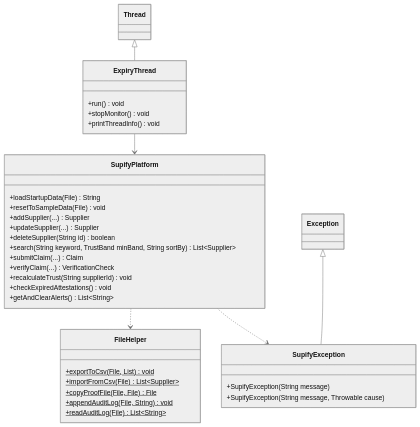
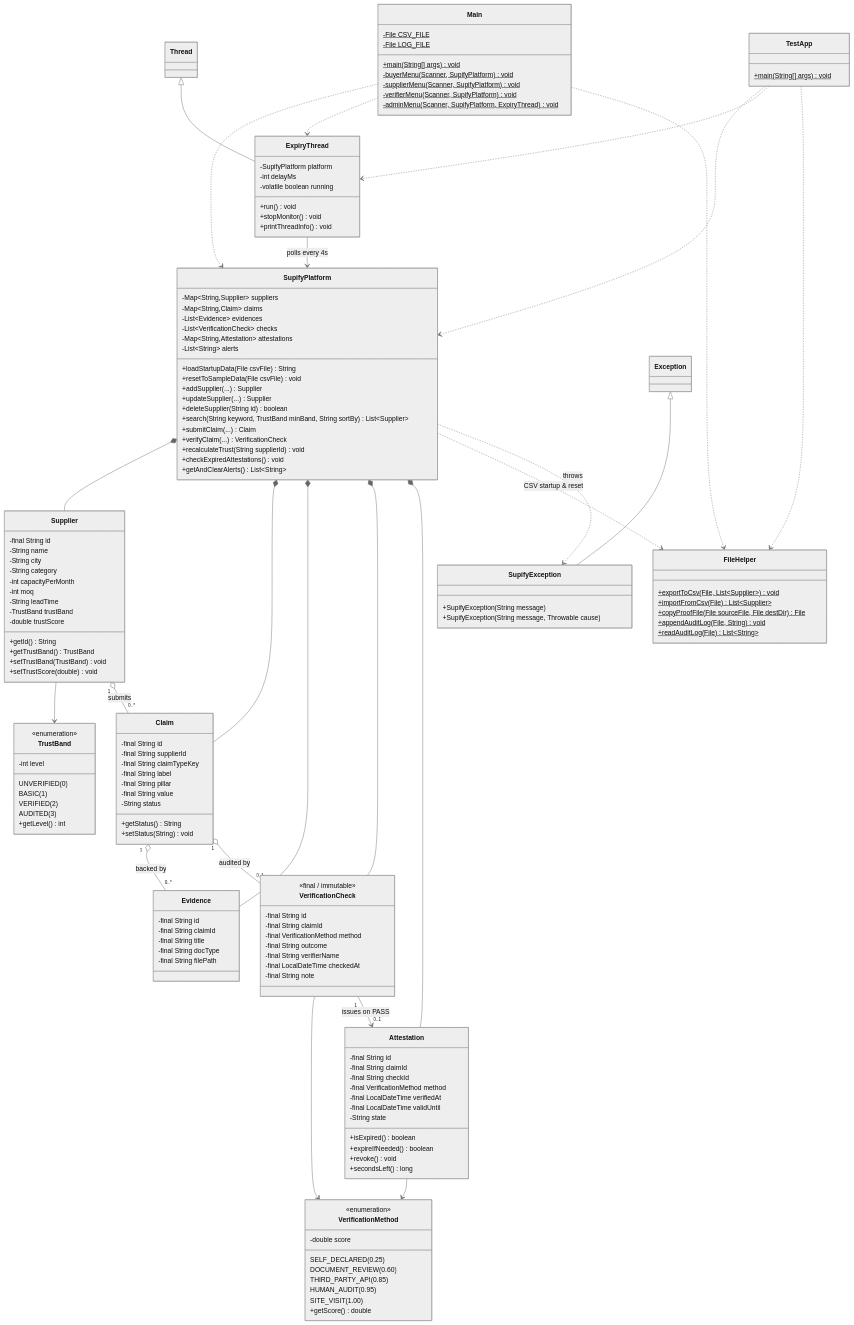
One commit to tanish19078/supify changed the second of 3 diagrams in docs/backend-architecture.md. Above: the diagram before and after it, drawn with Mermaid (neutral theme). The commit also changed other lines of this file and 12 other files, not shown here.

Commit message:
docs: align viva-prep, architecture docs, UML/ER diagrams, and albums screenshots to 13-file ExpiryThread & CRUD backend

````diff
--- a/docs/backend-architecture.md
+++ b/docs/backend-architecture.md
@@ -32,8 +39,106 @@
 ```mermaid
 classDiagram
+    direction TB
+
+    class TrustBand {
+        <<enumeration>>
+        UNVERIFIED(0)
+        BASIC(1)
+        VERIFIED(2)
+        AUDITED(3)
+        -int level
+        +getLevel() int
+    }
+
+    class VerificationMethod {
+        <<enumeration>>
+        SELF_DECLARED(0.25)
+        DOCUMENT_REVIEW(0.60)
+        THIRD_PARTY_API(0.85)
+        HUMAN_AUDIT(0.95)
+        SITE_VISIT(1.00)
+        -double score
+        +getScore() double
+    }
+
+    class Supplier {
+        -final String id
+        -String name
+        -String city
+        -String category
+        -int capacityPerMonth
+        -int moq
+        -String leadTime
+        -TrustBand trustBand
+        -double trustScore
+        +getId() String
+        +getTrustBand() TrustBand
+        +setTrustBand(TrustBand) void
+        +setTrustScore(double) void
+    }
+
+    class Claim {
+        -final String id
+        -final String supplierId
+        -final String claimTypeKey
+        -final String label
+        -final String pillar
+        -final String value
+        -String status
+        +getStatus() String
+        +setStatus(String) void
+    }
+
+    class Evidence {
+        -final String id
+        -final String claimId
+        -final String title
+        -final String docType
+        -final String filePath
+    }
+
+    class VerificationCheck {
+        <<final / immutable>>
+        -final String id
+        -final String claimId
+        -final VerificationMethod method
+        -final String outcome
+        -final String verifierName
+        -final LocalDateTime checkedAt
+        -final String note
+    }
+
+    class Attestation {
+        -final String id
+        -final String claimId
+        -final String checkId
+        -final VerificationMethod method
+        -final LocalDateTime verifiedAt
+        -final LocalDateTime validUntil
+        -String state
+        +isExpired() boolean
+        +expireIfNeeded() boolean
+        +revoke() void
+        +secondsLeft() long
+    }
+
+    class FileHelper {
+        +exportToCsv(File, List~Supplier~)$ void
+        +importFromCsv(File)$ List~Supplier~
+        +copyProofFile(File sourceFile, File destDir)$ File
+        +appendAuditLog(File, String)$ void
+        +readAuditLog(File)$ List~String~
+    }
+
     class SupifyPlatform {
-        +loadStartupData(File) String
-        +resetToSampleData(File) void
+        -Map~String,Supplier~ suppliers
+        -Map~String,Claim~ claims
+        -List~Evidence~ evidences
+        -List~VerificationCheck~ checks
+        -Map~String,Attestation~ attestations
+        -List~String~ alerts
+        +loadStartupData(File csvFile) String
+        +resetToSampleData(File csvFile) void
         +addSupplier(...) Supplier
         +updateSupplier(...) Supplier
         +deleteSupplier(String id) boolean
@@ -45,15 +150,10 @@
         +getAndClearAlerts() List~String~
     }
 
-    class FileHelper {
-        +exportToCsv(File, List)$ void
-        +importFromCsv(File)$ List~Supplier~
-        +copyProofFile(File, File)$ File
-        +appendAuditLog(File, String)$ void
-        +readAuditLog(File)$ List~String~
-    }
-
     class ExpiryThread {
+        -SupifyPlatform platform
+        -int delayMs
+        -volatile boolean running
         +run() void
         +stopMonitor() void
         +printThreadInfo() void
@@ -64,9 +164,42 @@
         +SupifyException(String message, Throwable cause)
     }
 
+    class Main {
+        -File CSV_FILE$
+        -File LOG_FILE$
+        +main(String[] args)$ void
+        -buyerMenu(Scanner, SupifyPlatform)$ void
+        -supplierMenu(Scanner, SupifyPlatform)$ void
+        -verifierMenu(Scanner, SupifyPlatform)$ void
+        -adminMenu(Scanner, SupifyPlatform, ExpiryThread)$ void
+    }
+
+    class TestApp {
+        +main(String[] args)$ void
+    }
+
+    Supplier --> TrustBand
+    VerificationCheck --> VerificationMethod
+    Attestation --> VerificationMethod
+    Supplier "1" o-- "0..*" Claim : submits
+    Claim "1" o-- "0..*" Evidence : backed by
+    Claim "1" o-- "0..*" VerificationCheck : audited by
+    VerificationCheck "1" --> "0..1" Attestation : issues on PASS
+
     Thread <|-- ExpiryThread
     Exception <|-- SupifyException
-    SupifyPlatform ..> FileHelper
-    SupifyPlatform ..> SupifyException
-    ExpiryThread --> SupifyPlatform
+    SupifyPlatform *-- Supplier
+    SupifyPlatform *-- Claim
+    SupifyPlatform *-- Evidence
+    SupifyPlatform *-- VerificationCheck
+    SupifyPlatform *-- Attestation
+    SupifyPlatform ..> FileHelper : CSV startup & reset
+    SupifyPlatform ..> SupifyException : throws
+    ExpiryThread --> SupifyPlatform : polls every 4s
+    Main ..> SupifyPlatform
+    Main ..> ExpiryThread
+    Main ..> FileHelper
+    TestApp ..> SupifyPlatform
+    TestApp ..> ExpiryThread
+    TestApp ..> FileHelper
 ```
````
